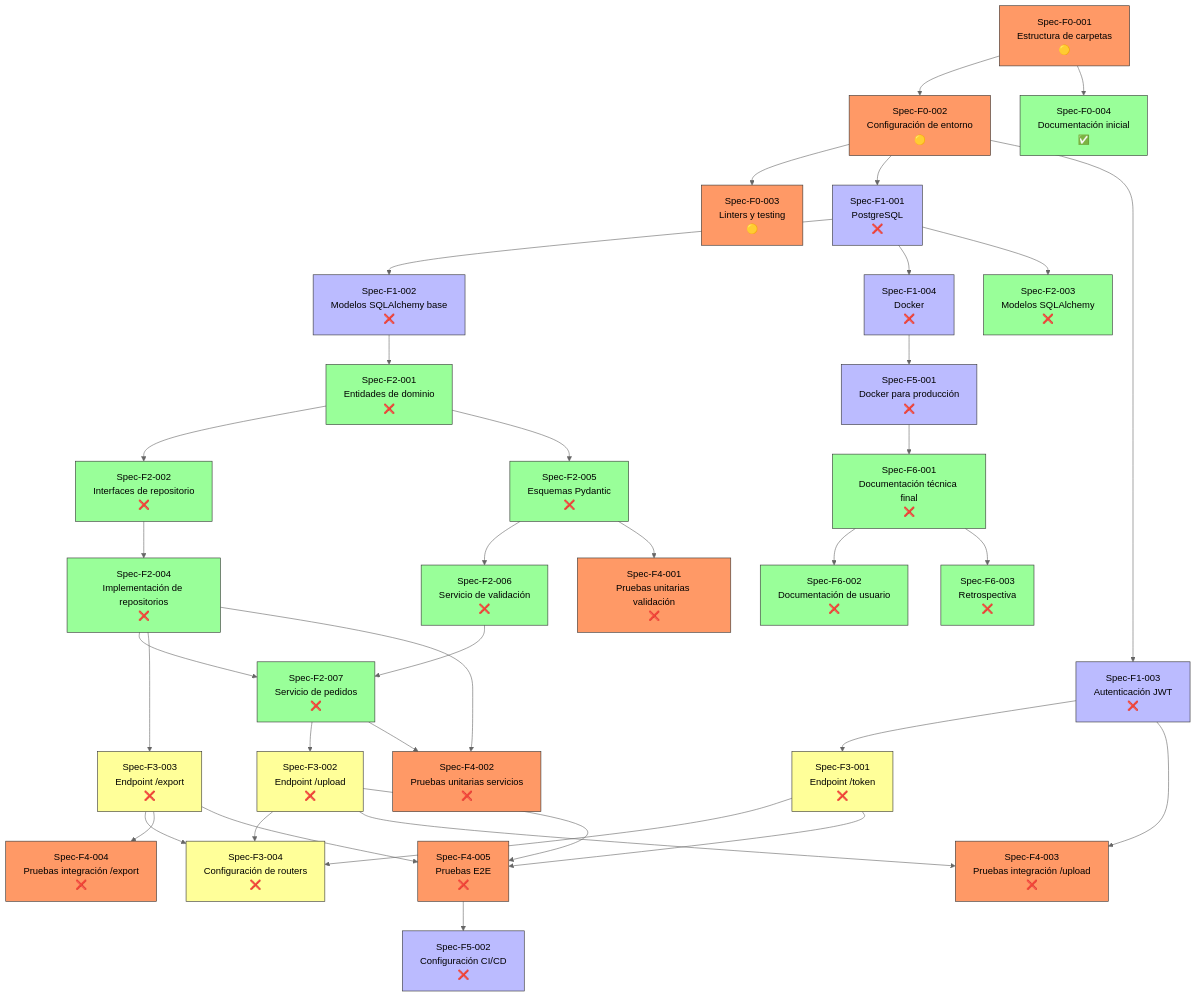
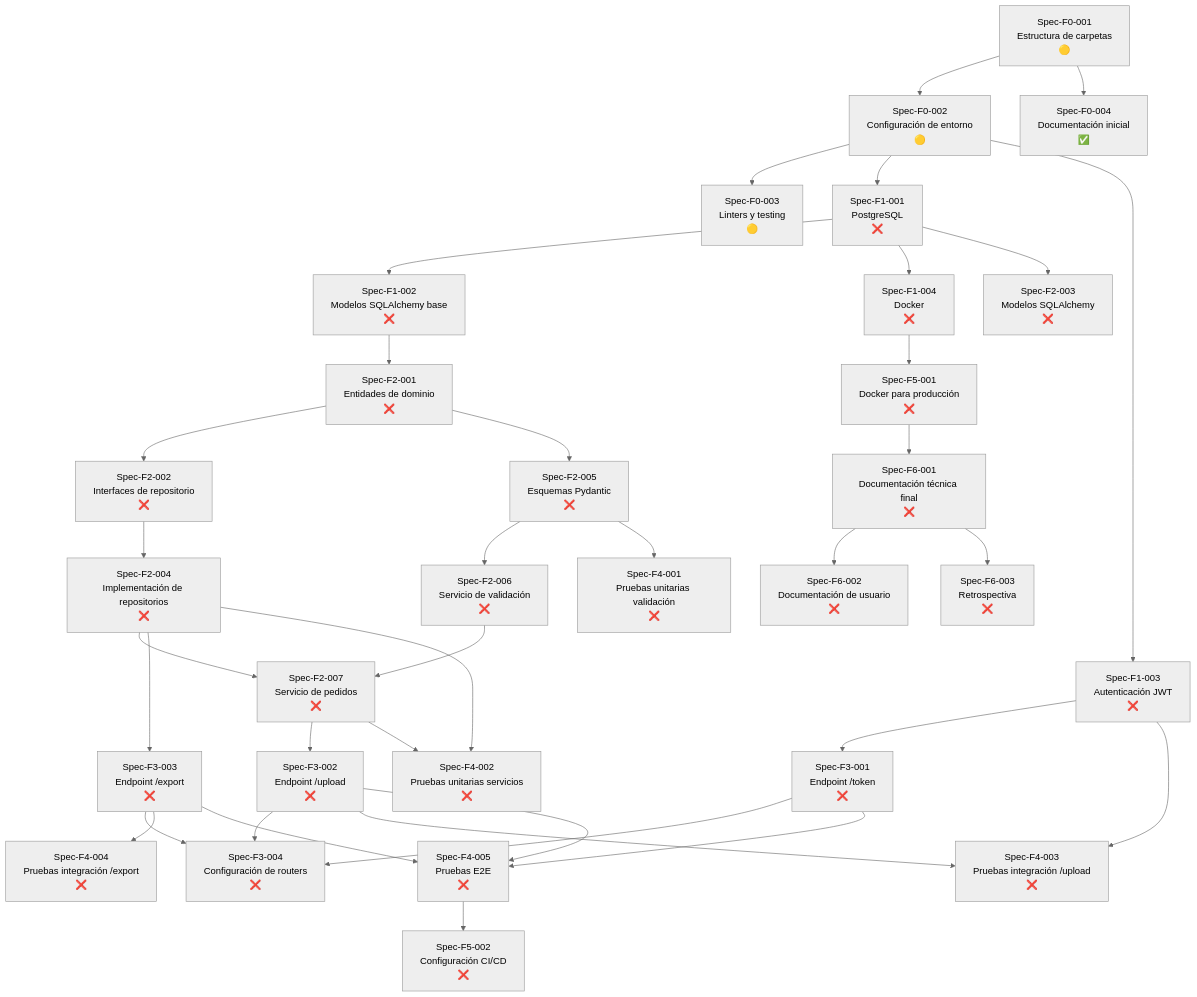
One commit to Fisherk2/api-csv-bulk-import changed the diagram in WORKFLOW.md. Above: the diagram before and after it, drawn with Mermaid (neutral theme). The commit also changed other lines of this file and 8 other files, not shown here.

````diff
--- a/WORKFLOW.md
+++ b/WORKFLOW.md
@@ -186,17 +120,14 @@
 ```mermaid
 graph TD
-    %% --- Fase 0: Preparación ---
     Spec-F0-001[Spec-F0-001\nEstructura de carpetas\n🟡] --> Spec-F0-002[Spec-F0-002\nConfiguración de entorno\n🟡]
     Spec-F0-002 --> Spec-F0-003[Spec-F0-003\nLinters y testing\n🟡]
     Spec-F0-001 --> Spec-F0-004[Spec-F0-004\nDocumentación inicial\n✅]
 
-    %% --- Fase 1: Infraestructura ---
     Spec-F0-002 --> Spec-F1-001[Spec-F1-001\nPostgreSQL\n❌]
     Spec-F1-001 --> Spec-F1-002[Spec-F1-002\nModelos SQLAlchemy base\n❌]
     Spec-F0-002 --> Spec-F1-003[Spec-F1-003\nAutenticación JWT\n❌]
     Spec-F1-001 --> Spec-F1-004[Spec-F1-004\nDocker\n❌]
 
-    %% --- Fase 2: Núcleo ---
     Spec-F1-002 --> Spec-F2-001[Spec-F2-001\nEntidades de dominio\n❌]
     Spec-F2-001 --> Spec-F2-002[Spec-F2-002\nInterfaces de repositorio\n❌]
     Spec-F1-001 --> Spec-F2-003[Spec-F2-003\nModelos SQLAlchemy\n❌]
@@ -206,7 +137,6 @@
     Spec-F2-004 --> Spec-F2-007[Spec-F2-007\nServicio de pedidos\n❌]
     Spec-F2-006 --> Spec-F2-007
 
-    %% --- Fase 3: Interfaces ---
     Spec-F1-003 --> Spec-F3-001[Spec-F3-001\nEndpoint /token\n❌]
     Spec-F2-007 --> Spec-F3-002[Spec-F3-002\nEndpoint /upload\n❌]
     Spec-F2-004 --> Spec-F3-003[Spec-F3-003\nEndpoint /export\n❌]
@@ -214,7 +144,6 @@
     Spec-F3-002 --> Spec-F3-004
     Spec-F3-003 --> Spec-F3-004
 
-    %% --- Fase 4: Pruebas ---
     Spec-F2-005 --> Spec-F4-001[Spec-F4-001\nPruebas unitarias validación\n❌]
     Spec-F2-004 --> Spec-F4-002[Spec-F4-002\nPruebas unitarias servicios\n❌]
     Spec-F2-007 --> Spec-F4-002
@@ -225,49 +154,10 @@
     Spec-F3-002 --> Spec-F4-005
     Spec-F3-003 --> Spec-F4-005
 
-    %% --- Fase 5: Despliegue ---
     Spec-F1-004 --> Spec-F5-001[Spec-F5-001\nDocker para producción\n❌]
     Spec-F4-005 --> Spec-F5-002[Spec-F5-002\nConfiguración CI/CD\n❌]
 
-    %% --- Fase 6: Cierre ---
     Spec-F5-001 --> Spec-F6-001[Spec-F6-001\nDocumentación técnica final\n❌]
     Spec-F6-001 --> Spec-F6-002[Spec-F6-002\nDocumentación de usuario\n❌]
     Spec-F6-001 --> Spec-F6-003[Spec-F6-003\nRetrospectiva\n❌]
-
-    %% --- Estilos ---
-    style Spec-F0-001 fill:#f96,stroke:#333
-    style Spec-F0-002 fill:#f96,stroke:#333
-    style Spec-F0-003 fill:#f96,stroke:#333
-    style Spec-F0-004 fill:#9f9,stroke:#333
-
-    style Spec-F1-001 fill:#bbf,stroke:#333
-    style Spec-F1-002 fill:#bbf,stroke:#333
-    style Spec-F1-003 fill:#bbf,stroke:#333
-    style Spec-F1-004 fill:#bbf,stroke:#333
-
-    style Spec-F2-001 fill:#9f9,stroke:#333
-    style Spec-F2-002 fill:#9f9,stroke:#333
-    style Spec-F2-003 fill:#9f9,stroke:#333
-    style Spec-F2-004 fill:#9f9,stroke:#333
-    style Spec-F2-005 fill:#9f9,stroke:#333
-    style Spec-F2-006 fill:#9f9,stroke:#333
-    style Spec-F2-007 fill:#9f9,stroke:#333
-
-    style Spec-F3-001 fill:#ff9,stroke:#333
-    style Spec-F3-002 fill:#ff9,stroke:#333
-    style Spec-F3-003 fill:#ff9,stroke:#333
-    style Spec-F3-004 fill:#ff9,stroke:#333
-
-    style Spec-F4-001 fill:#f96,stroke:#333
-    style Spec-F4-002 fill:#f96,stroke:#333
-    style Spec-F4-003 fill:#f96,stroke:#333
-    style Spec-F4-004 fill:#f96,stroke:#333
-    style Spec-F4-005 fill:#f96,stroke:#333
-
-    style Spec-F5-001 fill:#bbf,stroke:#333
-    style Spec-F5-002 fill:#bbf,stroke:#333
-
-    style Spec-F6-001 fill:#9f9,stroke:#333
-    style Spec-F6-002 fill:#9f9,stroke:#333
-    style Spec-F6-003 fill:#9f9,stroke:#333
 ```
````
